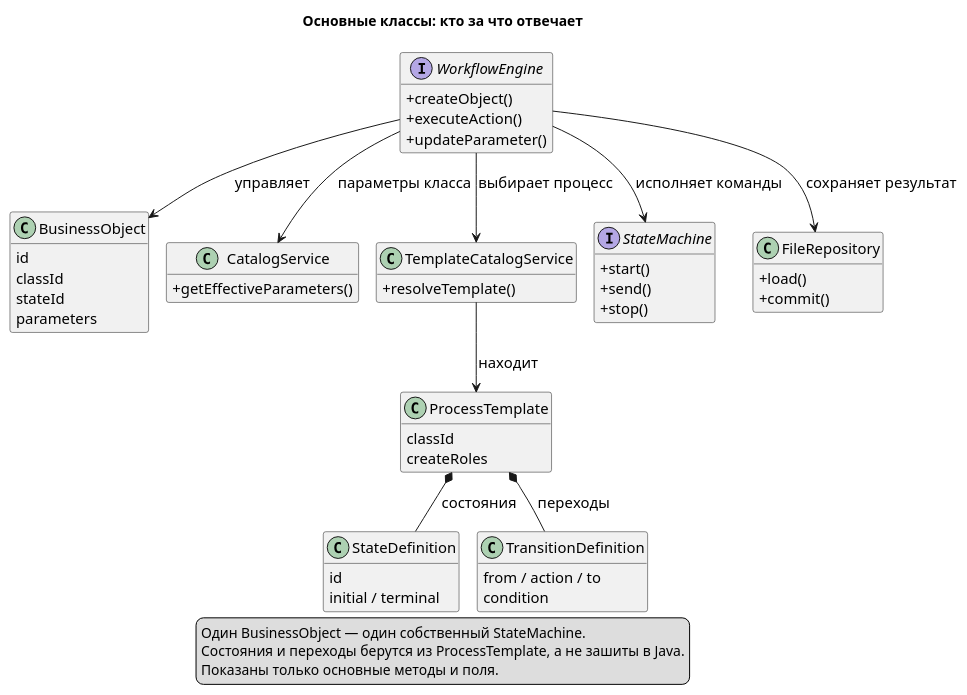
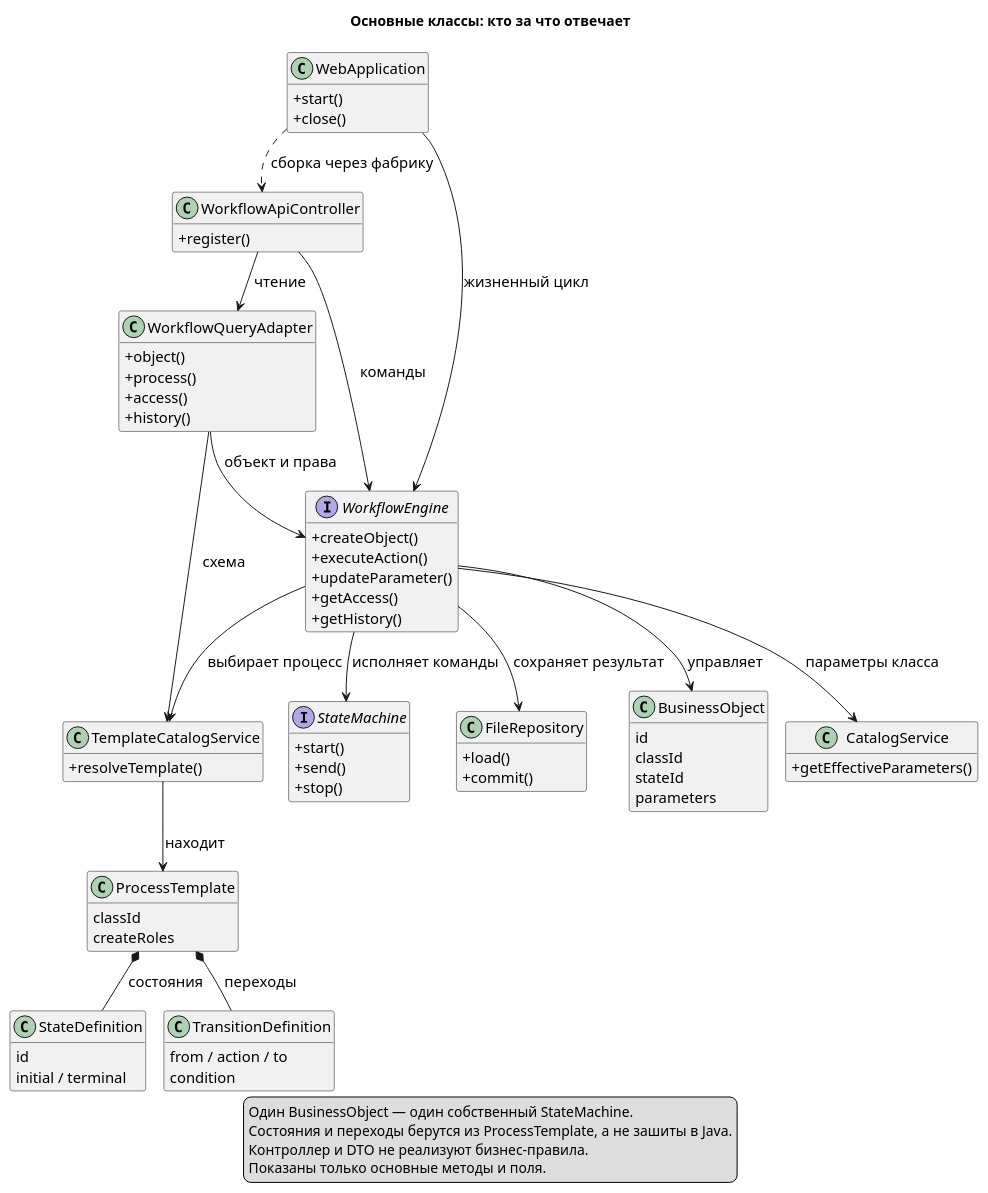
The diagram in lab1/docs/diagrams/simple/classes.puml (RamanPan/MOIPIS-labs), drawn with PlantUML before and after one commit. The commit also changed 29 other files, not shown here.

Commit message:
fix bugs, add more info in report, new diagram and other things

```diff
--- a/lab1/docs/diagrams/simple/classes.puml
+++ b/lab1/docs/diagrams/simple/classes.puml
@@ -1,62 +1,84 @@
 @startuml
 !pragma layout smetana
 title Основные классы: кто за что отвечает
 skinparam classAttributeIconSize 0
 skinparam defaultFontSize 15
 skinparam shadowing false
 hide empty members
 
 interface WorkflowEngine {
   +createObject()
   +executeAction()
   +updateParameter()
+  +getAccess()
+  +getHistory()
+}
+class WebApplication {
+  +start()
+  +close()
+}
+class WorkflowApiController {
+  +register()
+}
+class WorkflowQueryAdapter {
+  +object()
+  +process()
+  +access()
+  +history()
 }
 class BusinessObject {
   id
   classId
   stateId
   parameters
 }
 class CatalogService {
   +getEffectiveParameters()
 }
 class TemplateCatalogService {
   +resolveTemplate()
 }
 class ProcessTemplate {
   classId
   createRoles
 }
 class StateDefinition {
   id
   initial / terminal
 }
 class TransitionDefinition {
   from / action / to
   condition
 }
 interface StateMachine {
   +start()
   +send()
   +stop()
 }
 class FileRepository {
   +load()
   +commit()
 }
 
 WorkflowEngine --> BusinessObject : управляет
+WebApplication ..> WorkflowApiController : сборка через фабрику
+WebApplication --> WorkflowEngine : жизненный цикл
+WorkflowApiController --> WorkflowEngine : команды
+WorkflowApiController --> WorkflowQueryAdapter : чтение
+WorkflowQueryAdapter --> WorkflowEngine : объект и права
+WorkflowQueryAdapter --> TemplateCatalogService : схема
 WorkflowEngine --> CatalogService : параметры класса
 WorkflowEngine --> TemplateCatalogService : выбирает процесс
 WorkflowEngine --> StateMachine : исполняет команды
 WorkflowEngine --> FileRepository : сохраняет результат
 TemplateCatalogService --> ProcessTemplate : находит
 ProcessTemplate *-- StateDefinition : состояния
 ProcessTemplate *-- TransitionDefinition : переходы
 
 legend bottom
   Один BusinessObject — один собственный StateMachine.
   Состояния и переходы берутся из ProcessTemplate, а не зашиты в Java.
+  Контроллер и DTO не реализуют бизнес-правила.
   Показаны только основные методы и поля.
 endlegend
 @enduml
```
